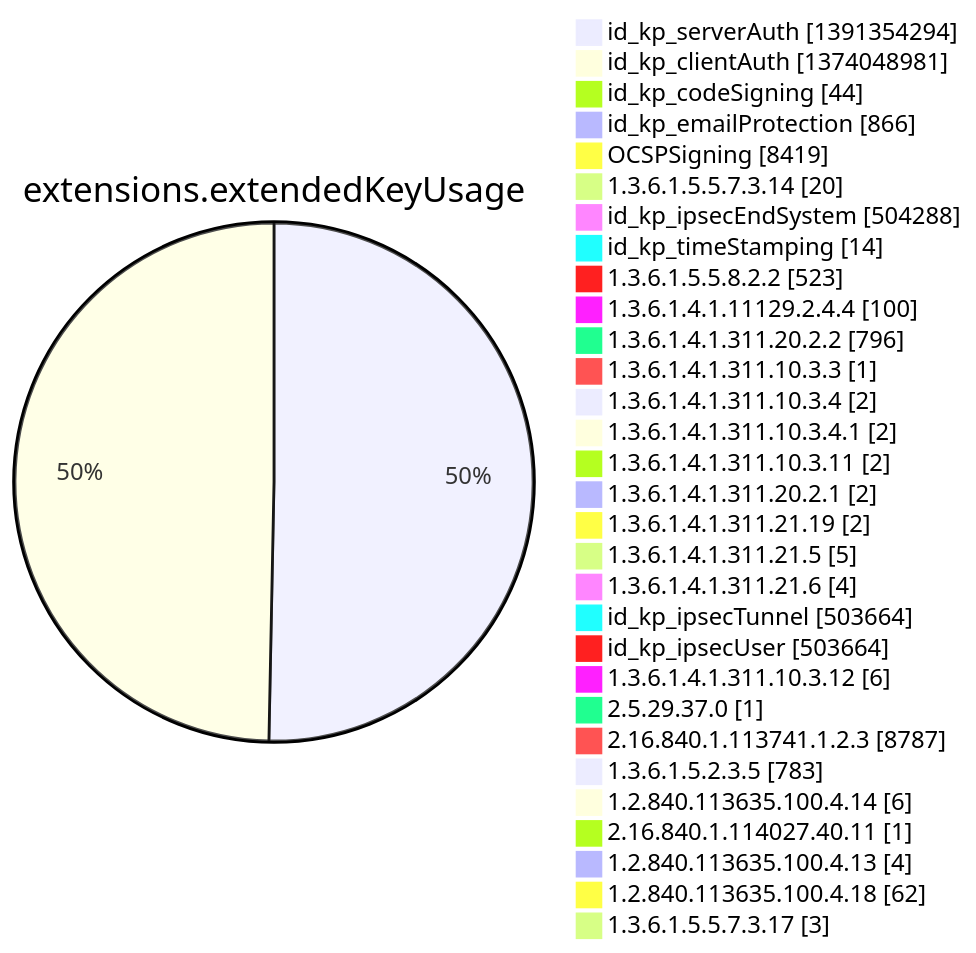
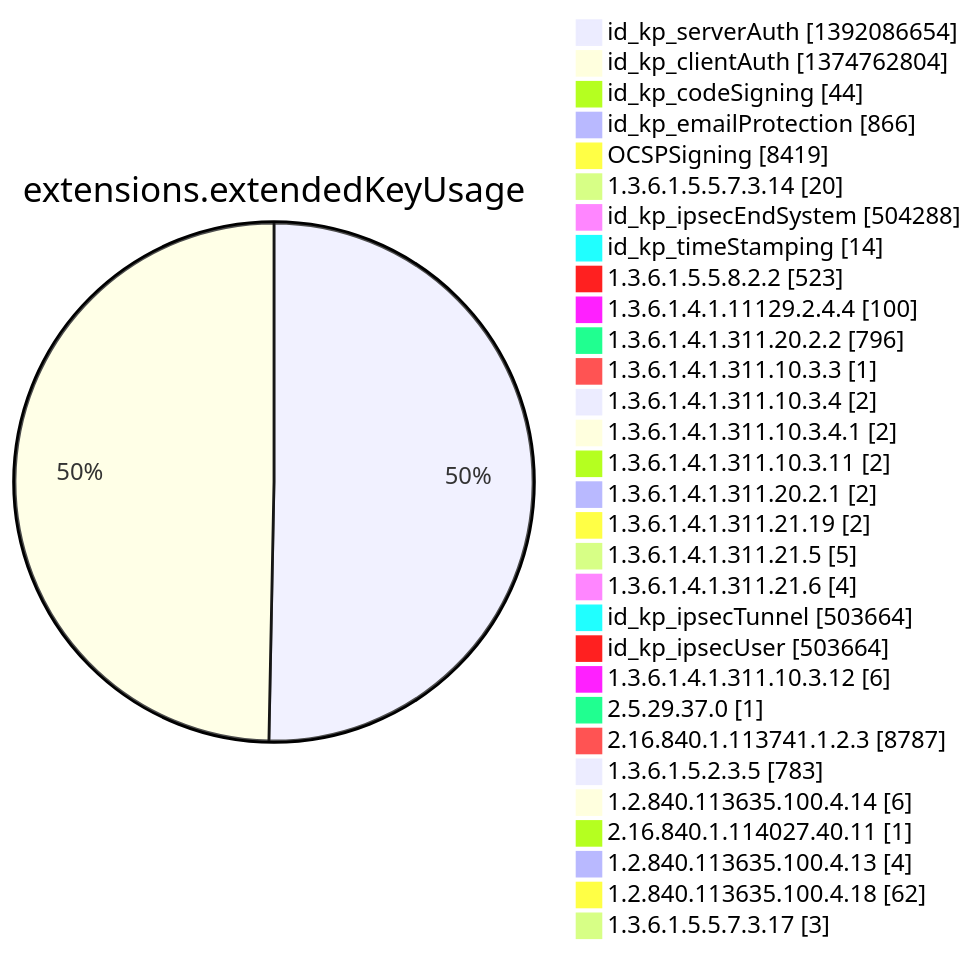
Before and after one commit to christiankrug/ctmonitor_visualization: diagram 12 of 15 in argon2022/README.md, drawn with Mermaid. The commit also changed other lines of this file, not shown here.

````diff
--- a/argon2022/README.md
+++ b/argon2022/README.md
@@ -3554,34 +3554,34 @@
 ```mermaid
 pie showData
 title extensions.extendedKeyUsage
-"id_kp_serverAuth" :1391354294
-"id_kp_clientAuth" :1374048981
+"id_kp_serverAuth" :1392086654
+"id_kp_clientAuth" :1374762804
 "id_kp_codeSigning" :44
 "id_kp_emailProtection" :866
 "OCSPSigning" :8419
 "1.3.6.1.5.5.7.3.14" :20
 "id_kp_ipsecEndSystem" :504288
 "id_kp_timeStamping" :14
 "1.3.6.1.5.5.8.2.2" :523
 "1.3.6.1.4.1.11129.2.4.4" :100
 "1.3.6.1.4.1.311.20.2.2" :796
 "1.3.6.1.4.1.311.10.3.3" :1
 "1.3.6.1.4.1.311.10.3.4" :2
 "1.3.6.1.4.1.311.10.3.4.1" :2
 "1.3.6.1.4.1.311.10.3.11" :2
 "1.3.6.1.4.1.311.20.2.1" :2
 "1.3.6.1.4.1.311.21.19" :2
 "1.3.6.1.4.1.311.21.5" :5
 "1.3.6.1.4.1.311.21.6" :4
 "id_kp_ipsecTunnel" :503664
 "id_kp_ipsecUser" :503664
 "1.3.6.1.4.1.311.10.3.12" :6
 "2.5.29.37.0" :1
 "2.16.840.1.113741.1.2.3" :8787
 "1.3.6.1.5.2.3.5" :783
 "1.2.840.113635.100.4.14" :6
 "2.16.840.1.114027.40.11" :1
 "1.2.840.113635.100.4.13" :4
 "1.2.840.113635.100.4.18" :62
 "1.3.6.1.5.5.7.3.17" :3
 ```
````
